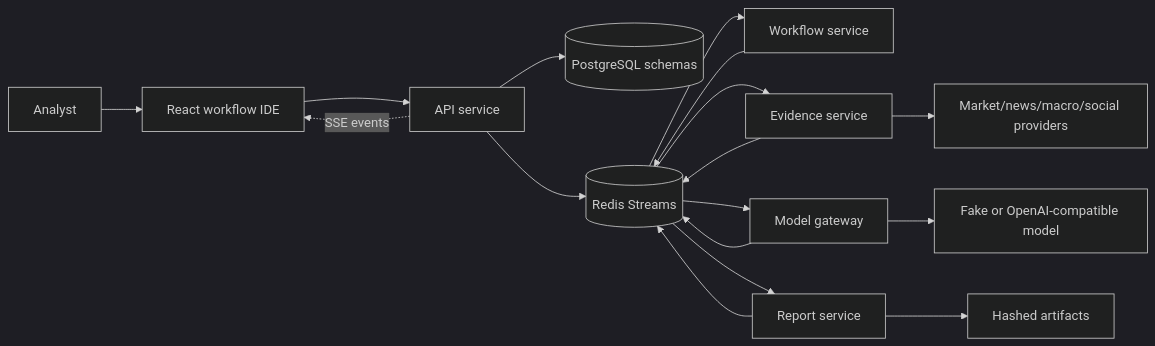
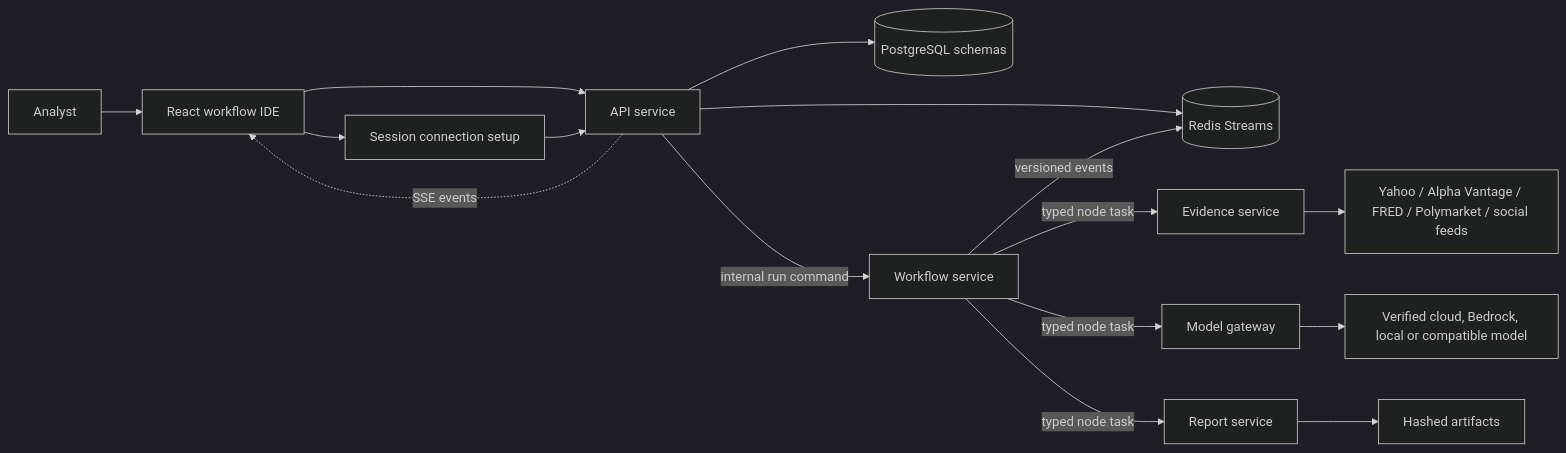
The first of 2 diagrams in docs/architecture.md (Aminjahanimajd/OmniTradeAI), drawn with Mermaid (dark theme) before and after one commit. The commit also changed other lines of this file and 31 other files, not shown here.

````diff
--- a/docs/architecture.md
+++ b/docs/architecture.md
@@ -10,19 +10,18 @@
 ```mermaid
 flowchart LR
   U["Analyst"] --> GUI["React workflow IDE"]
   GUI --> API["API service"]
+  GUI --> CON["Session connection setup"]
+  CON --> API
   API --> PG[("PostgreSQL schemas")]
   API --> RS[("Redis Streams")]
-  RS --> WF["Workflow service"]
-  WF --> RS
-  RS --> EV["Evidence service"]
-  RS --> MG["Model gateway"]
-  RS --> RP["Report service"]
-  EV --> DP["Market/news/macro/social providers"]
-  MG --> LM["Fake or OpenAI-compatible model"]
+  API -->|internal run command| WF["Workflow service"]
+  WF -->|versioned events| RS
+  WF -->|typed node task| EV["Evidence service"]
+  WF -->|typed node task| MG["Model gateway"]
+  WF -->|typed node task| RP["Report service"]
+  EV --> DP["Yahoo / Alpha Vantage / FRED / Polymarket / social feeds"]
+  MG --> LM["Verified cloud, Bedrock, local or compatible model"]
   RP --> FS["Hashed artifacts"]
-  EV --> RS
-  MG --> RS
-  RP --> RS
   API -. "SSE events" .-> GUI
 ```
````
